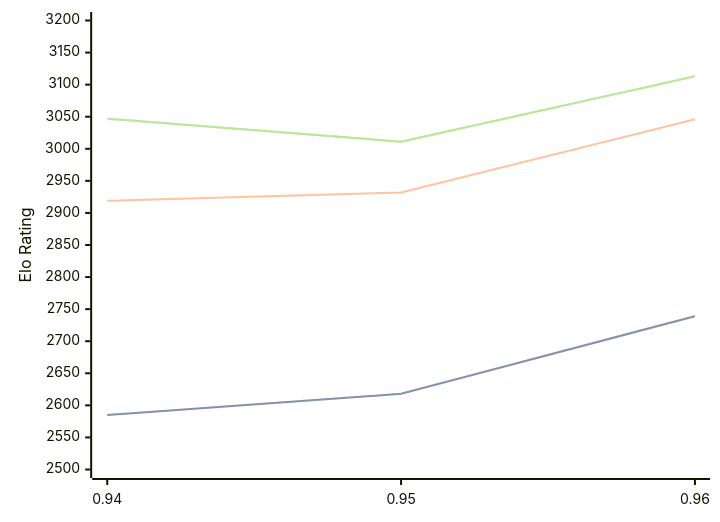
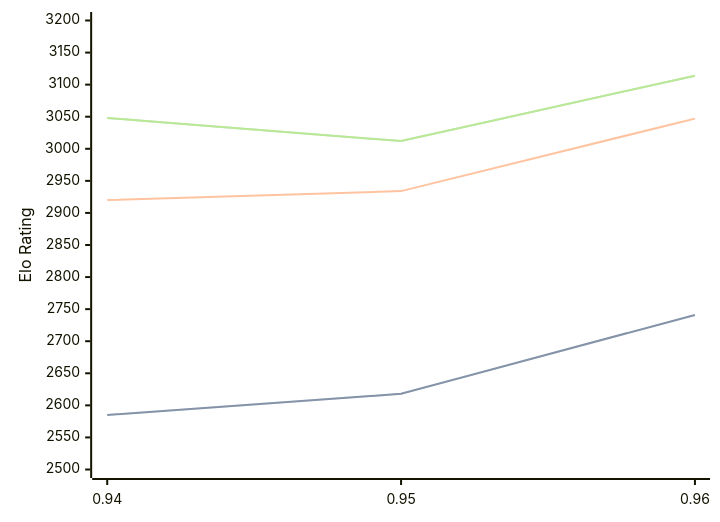
The diagram in engines/Myrddin.md (computer-chess-index/cci), drawn with Mermaid before and after one commit. The commit also changed other lines of this file, not shown here.

Commit message:
Update CCI Ratings (ELO VLTC) - 2026-07-25

````diff
--- a/engines/Myrddin.md
+++ b/engines/Myrddin.md
@@ -38,11 +38,11 @@
 ```mermaid
 %%{init: {"theme":"base","themeVariables":{"seriesColors:['#a3a3a3','#222221','#faa371']}}}%%
 xychart-beta
   x-axis ["0.94", "0.95", "0.96"]
   y-axis "Elo Rating" 2500 --> 3200
-  line "STC (8.0+0.08s)" [2585, 2618, 2739]
-  line "STC (8.0+0.08s)" [2585, 2618, 2739]
-  line "LTC (60.0+0.60s)" [2919, 2932, 3046]
-  line "VLTC (2m24s+1.12s)" [3047, 3011, 3113]
-  line "VLTC (2m24s+1.12s)" [3047, 3011, 3113]
+  line "STC (8.0+0.08s)" [2585, 2618, 2741]
+  line "STC (8.0+0.08s)" [2585, 2618, 2741]
+  line "LTC (60.0+0.60s)" [2920, 2934, 3047]
+  line "VLTC (2m24s+1.12s)" [3048, 3012, 3114]
+  line "VLTC (2m24s+1.12s)" [3048, 3012, 3114]
 ```
````
